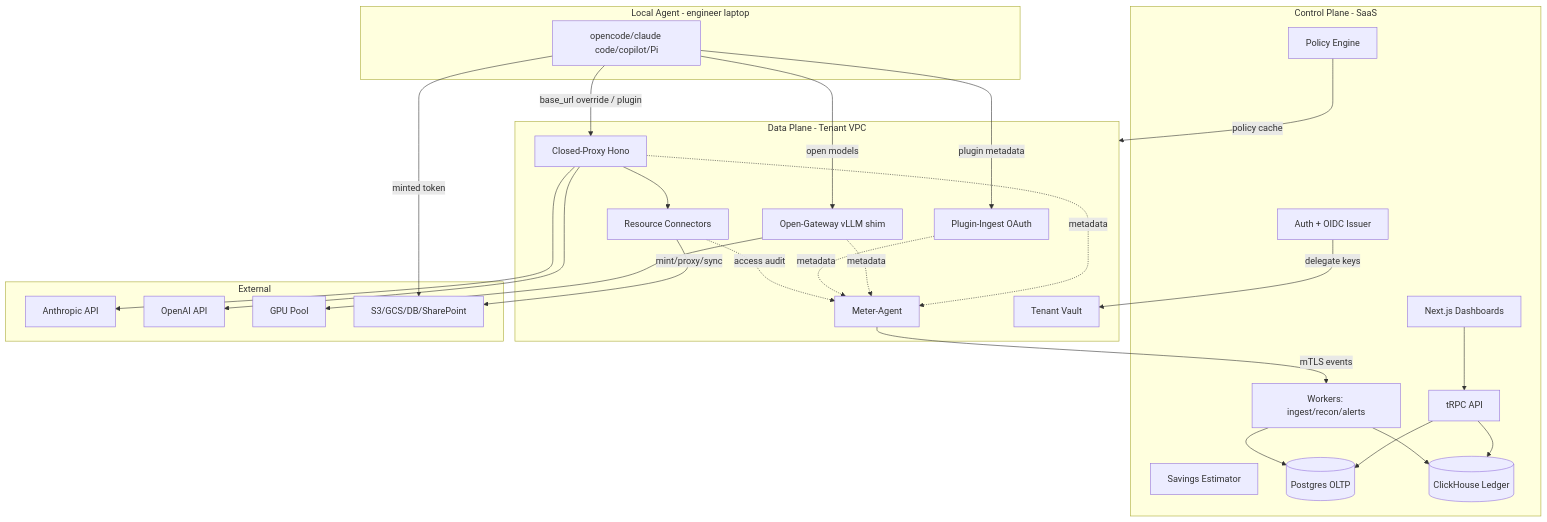
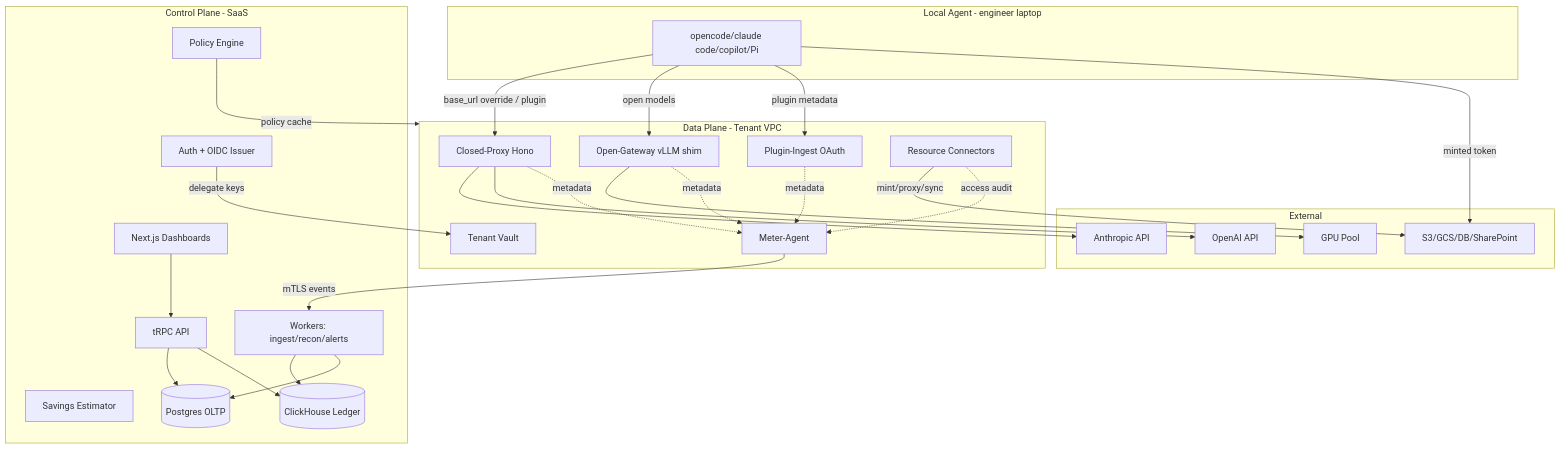
The first of 7 diagrams in docs/arm-spec.md (armdeployment/arm), drawn with Mermaid before and after one commit. The commit also changed other lines of this file and 2 other files, not shown here.

````diff
--- a/docs/arm-spec.md
+++ b/docs/arm-spec.md
@@ -110,53 +110,52 @@
 ```mermaid
 graph TB
   subgraph CP[Control Plane - SaaS]
     Web[Next.js Dashboards]
     API[tRPC API]
     Auth[Auth + OIDC Issuer]
     PE[Policy Engine]
     SE[Savings Estimator]
     PG[(Postgres OLTP)]
     CH[(ClickHouse Ledger)]
     Worker[Workers: ingest/recon/alerts]
   end
   subgraph DP[Data Plane - Tenant VPC]
     Proxy[Closed-Proxy Hono]
     GW[Open-Gateway vLLM shim]
     PI[Plugin-Ingest OAuth]
     RC[Resource Connectors]
     MA[Meter-Agent]
     TV[Tenant Vault]
   end
   subgraph Ext[External]
     AN[Anthropic API]
     OA[OpenAI API]
     GPU[GPU Pool]
     RES[S3/GCS/DB/SharePoint]
   end
   subgraph Agent[Local Agent - engineer laptop]
     OC[opencode/claude code/copilot/Pi]
   end
 
   OC -->|base_url override / plugin| Proxy
   OC -->|open models| GW
   OC -->|plugin metadata| PI
   Proxy --> AN
   Proxy --> OA
   GW --> GPU
-  Proxy --> RC
   OC -->|minted token| RES
   RC -->|mint/proxy/sync| RES
 
   Proxy -.metadata.-> MA
   GW -.metadata.-> MA
   PI -.metadata.-> MA
   RC -.access audit.-> MA
   MA -->|mTLS events| Worker
   Auth -->|delegate keys| TV
   PE -->|policy cache| DP
   Web --> API
   API --> PG
   API --> CH
   Worker --> CH
   Worker --> PG
 ```
````
